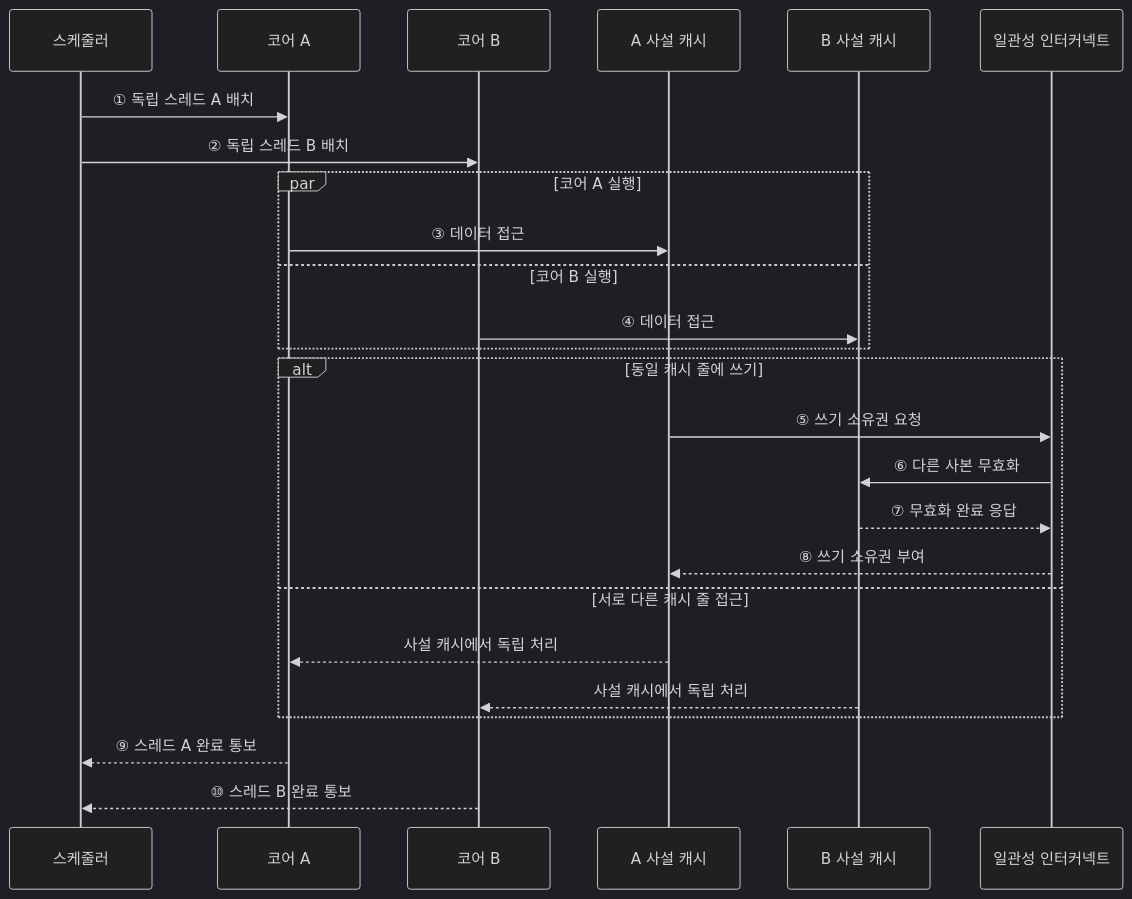
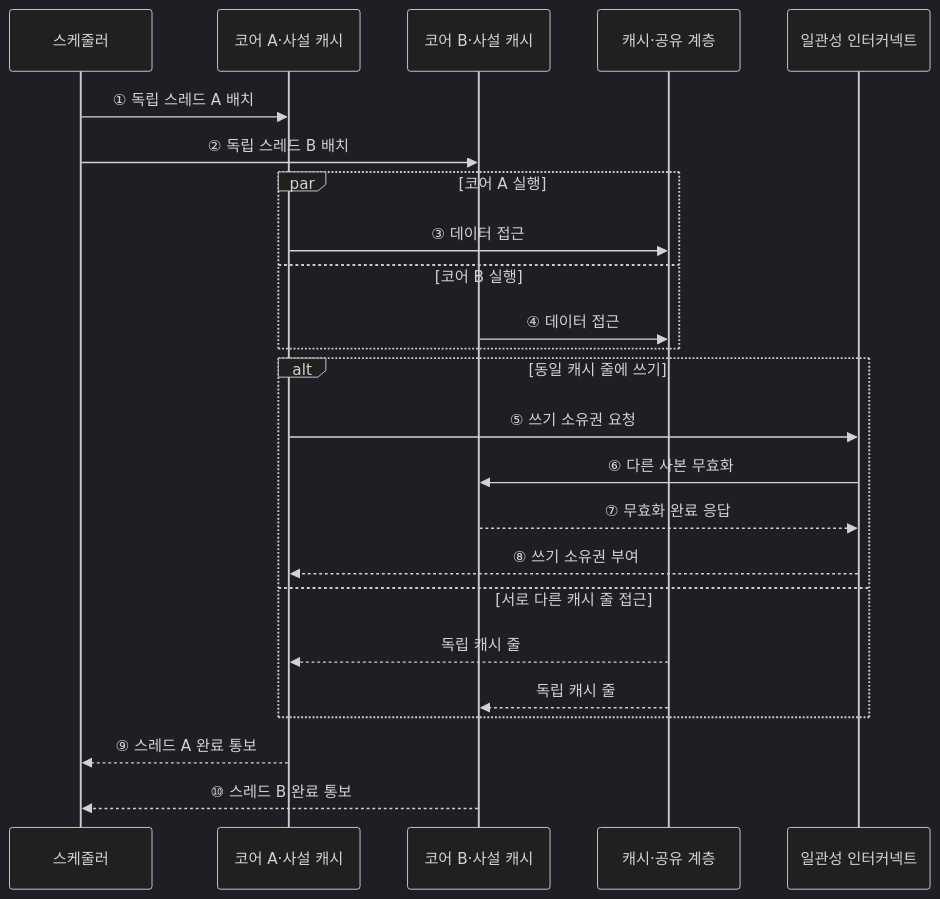
One commit to agnusdei1207/knowledge-base changed the second of 2 diagrams in src/content/docs/notes/02-hardware/010_multicore_processor.md. Above: the diagram before and after it, drawn with Mermaid (dark theme). The commit also changed other lines of this file and 20 other files, not shown here.

````diff
--- a/src/content/docs/notes/02-hardware/010_multicore_processor.md
+++ b/src/content/docs/notes/02-hardware/010_multicore_processor.md
@@ -87,28 +78,27 @@
 ```mermaid
 sequenceDiagram
     participant S as 스케줄러
-    participant C1 as 코어 A
-    participant C2 as 코어 B
-    participant P1 as A 사설 캐시
-    participant P2 as B 사설 캐시
+    participant A as 코어 A·사설 캐시
+    participant B as 코어 B·사설 캐시
+    participant L as 캐시·공유 계층
     participant I as 일관성 인터커넥트
 
-    S->>C1: ① 독립 스레드 A 배치
-    S->>C2: ② 독립 스레드 B 배치
+    S->>A: ① 독립 스레드 A 배치
+    S->>B: ② 독립 스레드 B 배치
     par 코어 A 실행
-        C1->>P1: ③ 데이터 접근
+        A->>L: ③ 데이터 접근
     and 코어 B 실행
-        C2->>P2: ④ 데이터 접근
+        B->>L: ④ 데이터 접근
     end
     alt 동일 캐시 줄에 쓰기
-        P1->>I: ⑤ 쓰기 소유권 요청
-        I->>P2: ⑥ 다른 사본 무효화
-        P2-->>I: ⑦ 무효화 완료 응답
-        I-->>P1: ⑧ 쓰기 소유권 부여
+        A->>I: ⑤ 쓰기 소유권 요청
+        I->>B: ⑥ 다른 사본 무효화
+        B-->>I: ⑦ 무효화 완료 응답
+        I-->>A: ⑧ 쓰기 소유권 부여
     else 서로 다른 캐시 줄 접근
-        P1-->>C1: 사설 캐시에서 독립 처리
-        P2-->>C2: 사설 캐시에서 독립 처리
+        L-->>A: 독립 캐시 줄
+        L-->>B: 독립 캐시 줄
     end
-    C1-->>S: ⑨ 스레드 A 완료 통보
-    C2-->>S: ⑩ 스레드 B 완료 통보
+    A-->>S: ⑨ 스레드 A 완료 통보
+    B-->>S: ⑩ 스레드 B 완료 통보
 ```
````
